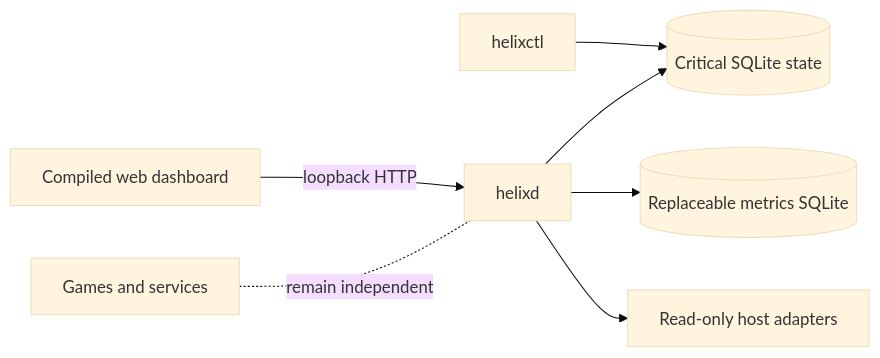
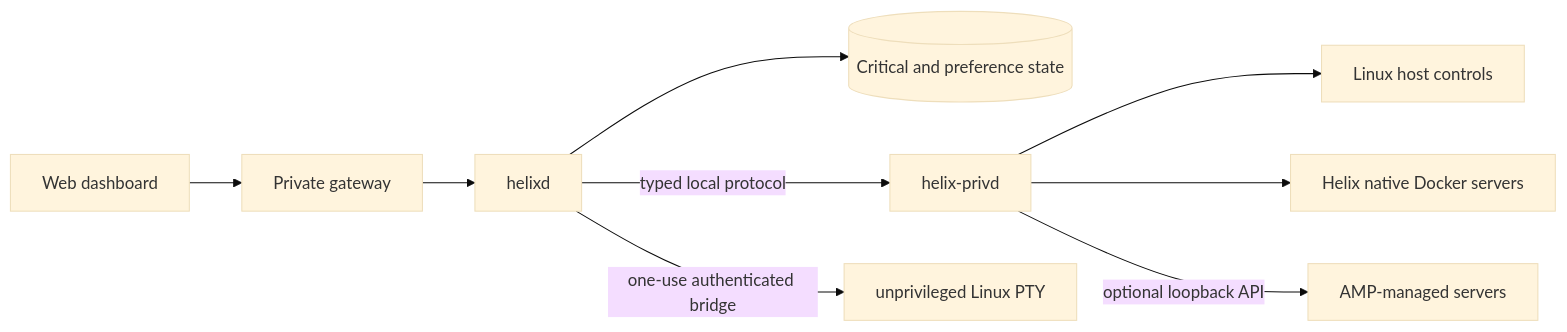
Before and after one commit to Riqqqque/Helix: the diagram in README.md, drawn with Mermaid (base theme). The commit also changed other lines of this file and 191 other files, not shown here.

Commit message:
Build out private-alpha host and server management

````diff
--- a/README.md
+++ b/README.md
@@ -51,9 +106,11 @@
 ```mermaid
 flowchart LR
-  Browser[Compiled web dashboard] -->|loopback HTTP| Daemon[helixd]
-  CLI[helixctl] --> State[(Critical SQLite state)]
-  Daemon --> State
-  Daemon --> Metrics[(Replaceable metrics SQLite)]
-  Daemon --> Host[Read-only host adapters]
-  Games[Games and services] -. remain independent .- Daemon
+  Browser[Web dashboard] --> Gateway[Private gateway]
+  Gateway --> Daemon[helixd]
+  Daemon --> State[(Critical and preference state)]
+  Daemon -->|typed local protocol| Broker[helix-privd]
+  Daemon -->|one-use authenticated bridge| Terminal[unprivileged Linux PTY]
+  Broker --> Host[Linux host controls]
+  Broker --> Native[Helix native Docker servers]
+  Broker -->|optional loopback API| AMP[AMP-managed servers]
 ```
````
